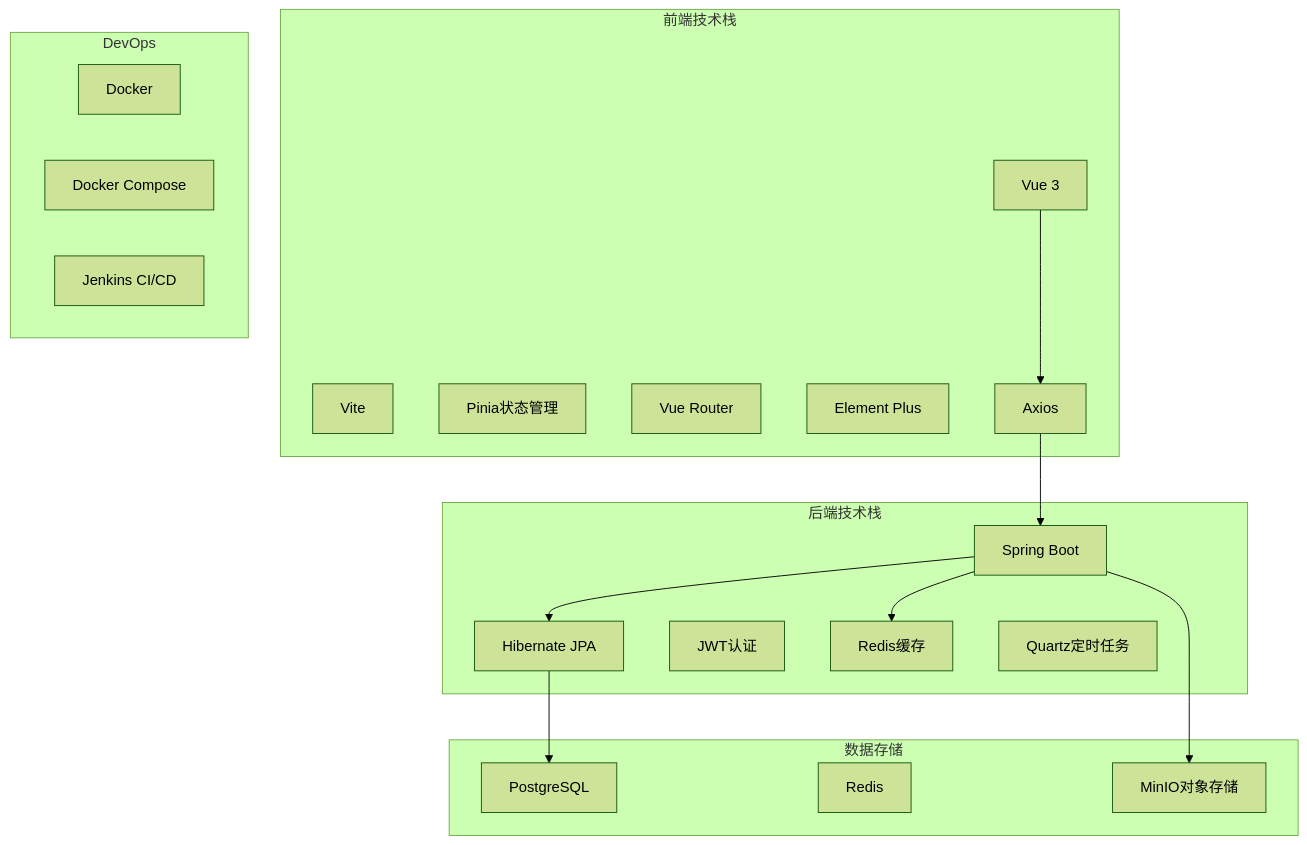
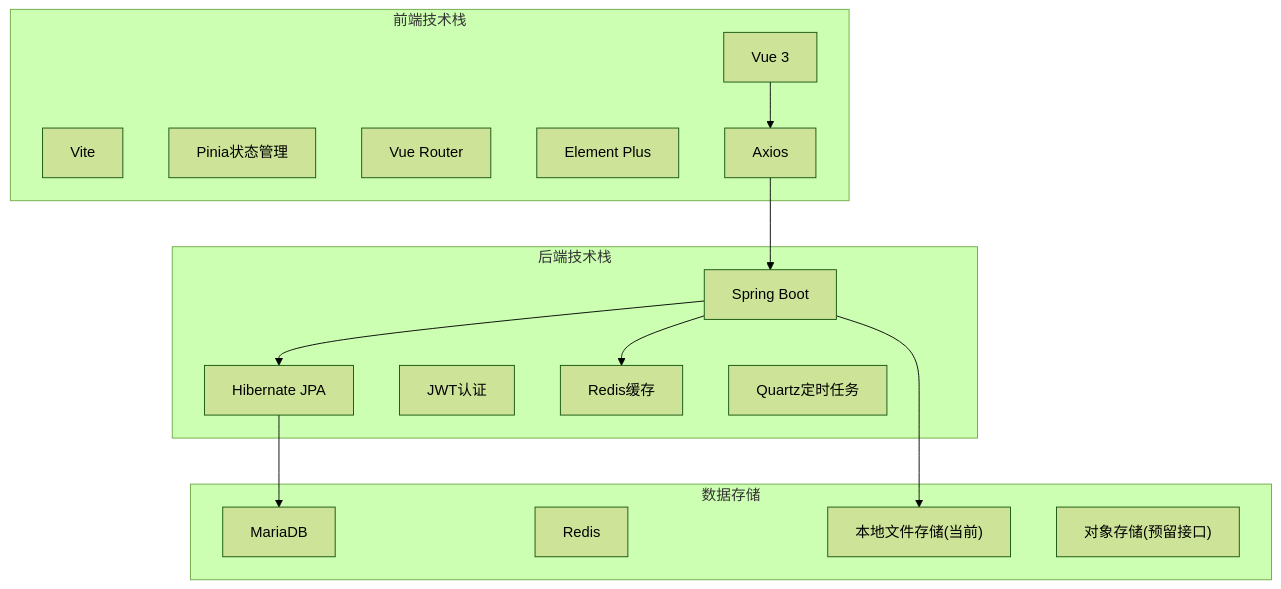
Before and after one commit to dayutech/Vuln-Audit-Lifecycle-Management: the second of 5 diagrams in docs/design/architecture.md, drawn with Mermaid (forest theme). The commit also changed other lines of this file and 46 other files, not shown here.

````diff
--- a/docs/design/architecture.md
+++ b/docs/design/architecture.md
@@ -83,38 +84,33 @@
 ```mermaid
 graph TB
     subgraph Frontend["前端技术栈"]
         Vue3["Vue 3"]
         Vite["Vite"]
         Pinia["Pinia状态管理"]
         Router["Vue Router"]
         ElementPlus["Element Plus"]
         Axios["Axios"]
     end
 
     subgraph Backend["后端技术栈"]
         SpringBoot["Spring Boot"]
         Hibernate["Hibernate JPA"]
         JWT["JWT认证"]
         RedisCache["Redis缓存"]
         Quartz["Quartz定时任务"]
     end
 
     subgraph Database["数据存储"]
-        PostgreSQL["PostgreSQL"]
+        MariaDB["MariaDB"]
         Redis["Redis"]
-        MinIO["MinIO对象存储"]
-    end
-
-    subgraph DevOps["DevOps"]
-        Docker["Docker"]
-        DockerCompose["Docker Compose"]
-        Jenkins["Jenkins CI/CD"]
+        LocalStorage["本地文件存储(当前)"]
+        ObjectStorage["对象存储(预留接口)"]
     end
     
     Vue3 --> Axios
     Axios --> SpringBoot
     SpringBoot --> Hibernate
-    Hibernate --> PostgreSQL
+    Hibernate --> MariaDB
     SpringBoot --> RedisCache
-    SpringBoot --> MinIO
+    SpringBoot --> LocalStorage
 ```
````
